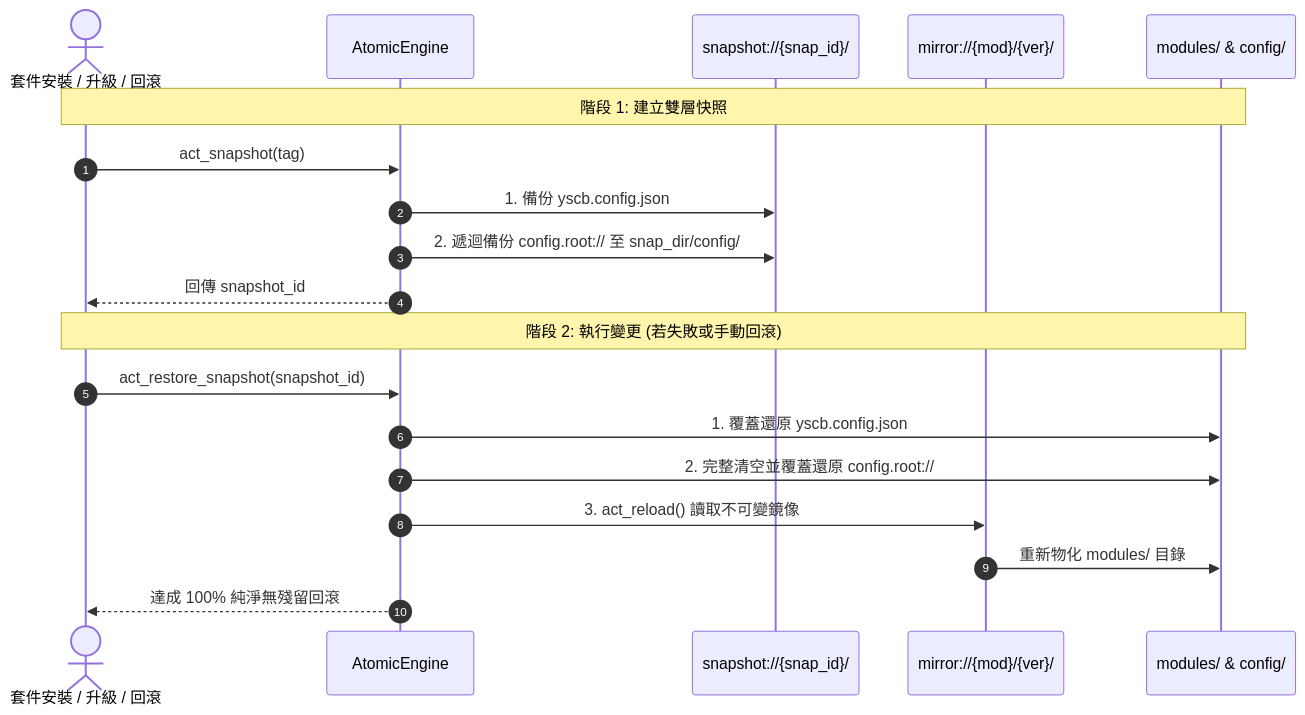
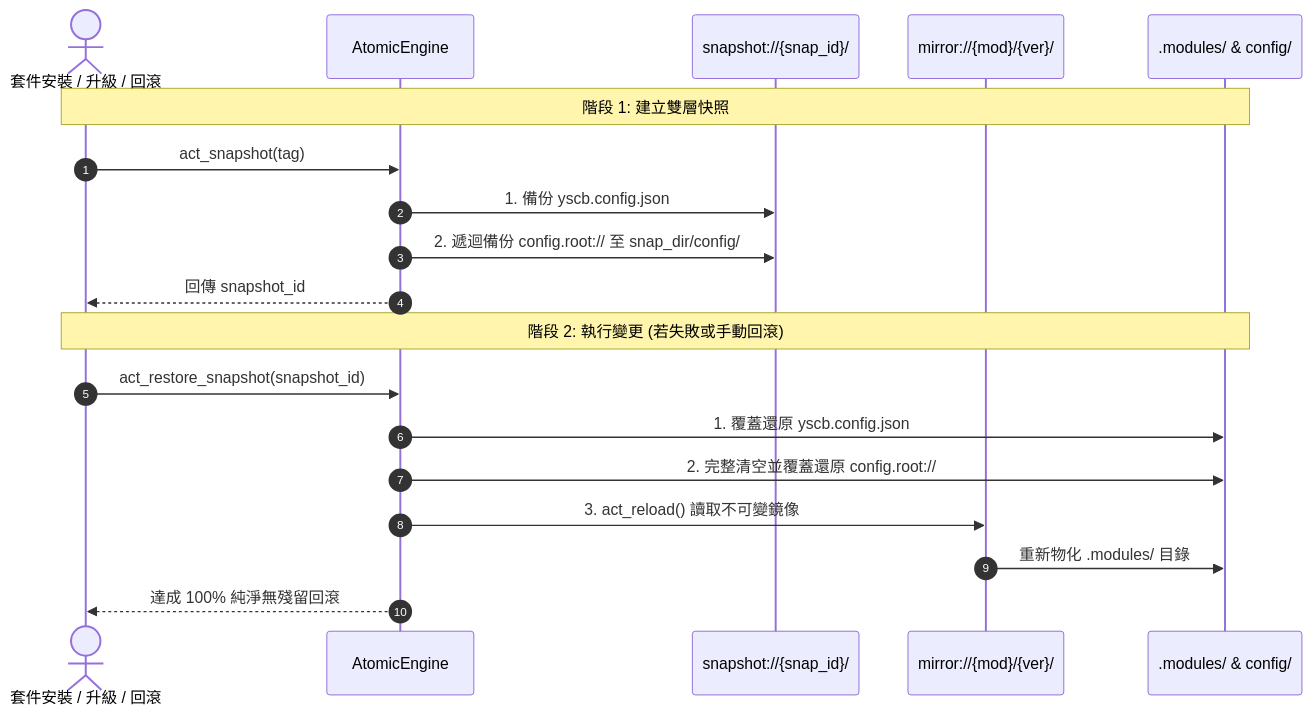
The diagram in docs/core/SNAPSHOT_AND_ROLLBACK.md (ysnaive/ys-codebase), drawn with Mermaid before and after one commit. The commit also changed other lines of this file and 31 other files, not shown here.

````diff
--- a/docs/core/SNAPSHOT_AND_ROLLBACK.md
+++ b/docs/core/SNAPSHOT_AND_ROLLBACK.md
@@ -16,23 +16,23 @@
 ```mermaid
 sequenceDiagram
     autonumber
     actor CLI as 套件安裝 / 升級 / 回滾
     participant Eng as AtomicEngine
     participant Snap as snapshot://{snap_id}/
     participant Mirror as mirror://{mod}/{ver}/
-    participant Runtime as modules/ & config/
+    participant Runtime as .modules/ & config/
 
     Note over CLI,Runtime: 階段 1: 建立雙層快照
     CLI->>Eng: act_snapshot(tag)
     Eng->>Snap: 1. 備份 yscb.config.json
     Eng->>Snap: 2. 遞迴備份 config.root:// 至 snap_dir/config/
     Eng-->>CLI: 回傳 snapshot_id
 
     Note over CLI,Runtime: 階段 2: 執行變更 (若失敗或手動回滾)
     CLI->>Eng: act_restore_snapshot(snapshot_id)
     Eng->>Runtime: 1. 覆蓋還原 yscb.config.json
     Eng->>Runtime: 2. 完整清空並覆蓋還原 config.root://
     Eng->>Mirror: 3. act_reload() 讀取不可變鏡像
-    Mirror->>Runtime: 重新物化 modules/ 目錄
+    Mirror->>Runtime: 重新物化 .modules/ 目錄
     Eng-->>CLI: 達成 100% 純淨無殘留回滾
 ```
````
